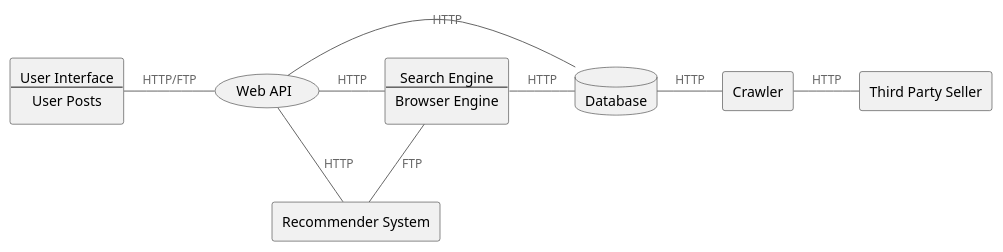
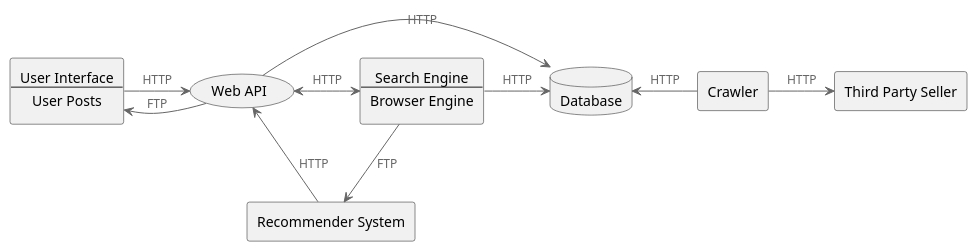
Before and after one commit to USI-MSDE-SA-2022/software-architecture-model-tommi27: the diagram in src/sa/model/deployment.puml, drawn with PlantUML. The commit also changed 1 other file, not shown here.

```diff
--- a/src/sa/model/deployment.puml
+++ b/src/sa/model/deployment.puml
@@ -1,33 +1,34 @@
 @startuml
 !include <C4/C4_Container>
 
 rectangle UI [
 User Interface
 --
 User Posts
 ]
 
 rectangle Engines [
 Search Engine
 --
 Browser Engine
 ]
 
 rectangle "Recommender System" as RS
 
 usecase "Web API" as API
 database Database as DB
 
 rectangle "Third Party Seller" as TPS
 rectangle Crawler
 
-UI - API: HTTP/FTP
-API - DB: HTTP
-API - Engines: HTTP
-API -- RS: HTTP
-Engines - DB: HTTP
-DB - Crawler: HTTP
-Engines - RS: FTP
-Crawler - TPS: HTTP
+UI -> API: HTTP
+UI <- API: FTP
+API -> DB: HTTP
+API <-> Engines: HTTP
+API <-- RS: HTTP
+Engines -> DB: HTTP
+DB <- Crawler: HTTP
+Engines -> RS: FTP
+Crawler -> TPS: HTTP
 
 @enduml
```
